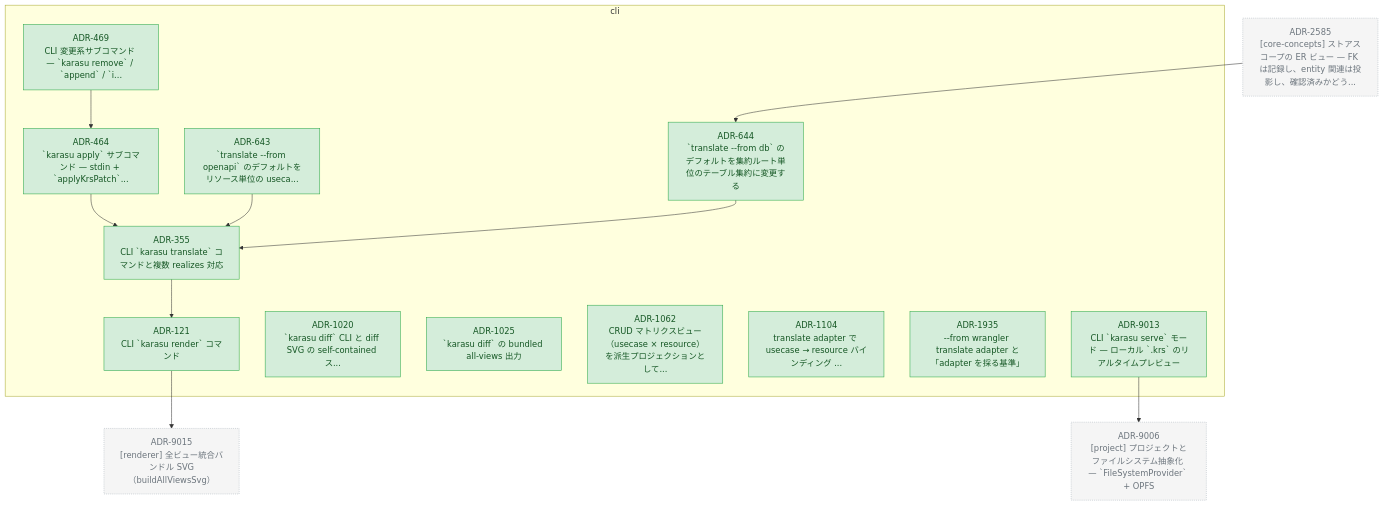
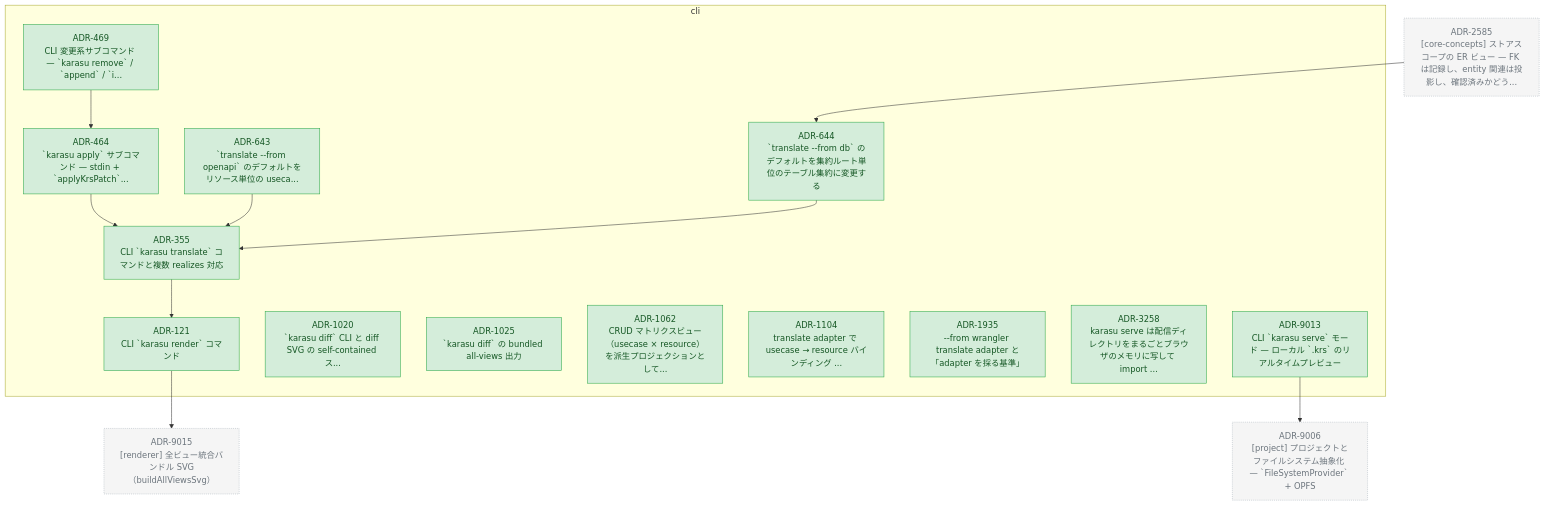
Before and after one commit to kompiro/karasu: the diagram in docs/adr/graph/cli.md, drawn with Mermaid. The commit also changed 4 other files, not shown here.

Commit message:
docs(adr): promote the serve import-resolution design to ADR-3258

````diff
--- a/docs/adr/graph/cli.md
+++ b/docs/adr/graph/cli.md
@@ -6,50 +6,52 @@
 ```mermaid
 flowchart TD
   subgraph cli["cli"]
     ADR_121["ADR-121<br/>CLI `karasu render` コマンド"]
     ADR_355["ADR-355<br/>CLI `karasu translate` コマンドと複数 realizes 対応"]
     ADR_464["ADR-464<br/>`karasu apply` サブコマンド — stdin + `applyKrsPatch`..."]
     ADR_469["ADR-469<br/>CLI 変更系サブコマンド — `karasu remove` / `append` / `i..."]
     ADR_643["ADR-643<br/>`translate --from openapi` のデフォルトをリソース単位の useca..."]
     ADR_644["ADR-644<br/>`translate --from db` のデフォルトを集約ルート単位のテーブル集約に変更する"]
     ADR_1020["ADR-1020<br/>`karasu diff` CLI と diff SVG の self-contained ス..."]
     ADR_1025["ADR-1025<br/>`karasu diff` の bundled all-views 出力"]
     ADR_1062["ADR-1062<br/>CRUD マトリクスビュー（usecase × resource）を派生プロジェクションとして..."]
     ADR_1104["ADR-1104<br/>translate adapter で usecase → resource バインディング ..."]
     ADR_1935["ADR-1935<br/>--from wrangler translate adapter と「adapter を採る基準」"]
+    ADR_3258["ADR-3258<br/>karasu serve は配信ディレクトリをまるごとブラウザのメモリに写して import ..."]
     ADR_9013["ADR-9013<br/>CLI `karasu serve` モード — ローカル `.krs` のリアルタイムプレビュー"]
   end
   ADR_2585["ADR-2585<br/>[core-concepts] ストアスコープの ER ビュー — FK は記録し、entity 関連は投影し、確認済みかどう..."]
   ADR_9006["ADR-9006<br/>[project] プロジェクトとファイルシステム抽象化 — `FileSystemProvider` + OPFS"]
   ADR_9015["ADR-9015<br/>[renderer] 全ビュー統合バンドル SVG（buildAllViewsSvg）"]
   ADR_121 --> ADR_9015
   ADR_355 --> ADR_121
   ADR_464 --> ADR_355
   ADR_469 --> ADR_464
   ADR_643 --> ADR_355
   ADR_644 --> ADR_355
   ADR_9013 --> ADR_9006
   ADR_2585 --> ADR_644
 
   classDef accepted fill:#d4edda,stroke:#28a745,color:#155724
   classDef proposed fill:#fff3cd,stroke:#ffc107,color:#856404
   classDef deprecated fill:#f8d7da,stroke:#dc3545,color:#721c24
   classDef superseded fill:#e2e3e5,stroke:#6c757d,color:#383d41
   classDef not_adopted fill:#e2e3e5,stroke:#6c757d,color:#383d41,stroke-dasharray:3 3
   classDef ghost fill:#f5f5f5,stroke:#adb5bd,color:#6c757d,stroke-dasharray:2 2
   class ADR_121 accepted
   class ADR_355 accepted
   class ADR_464 accepted
   class ADR_469 accepted
   class ADR_643 accepted
   class ADR_644 accepted
   class ADR_1020 accepted
   class ADR_1025 accepted
   class ADR_1062 accepted
   class ADR_1104 accepted
   class ADR_1935 accepted
+  class ADR_3258 accepted
   class ADR_9013 accepted
   class ADR_2585 ghost
   class ADR_9006 ghost
   class ADR_9015 ghost
 ```
````
